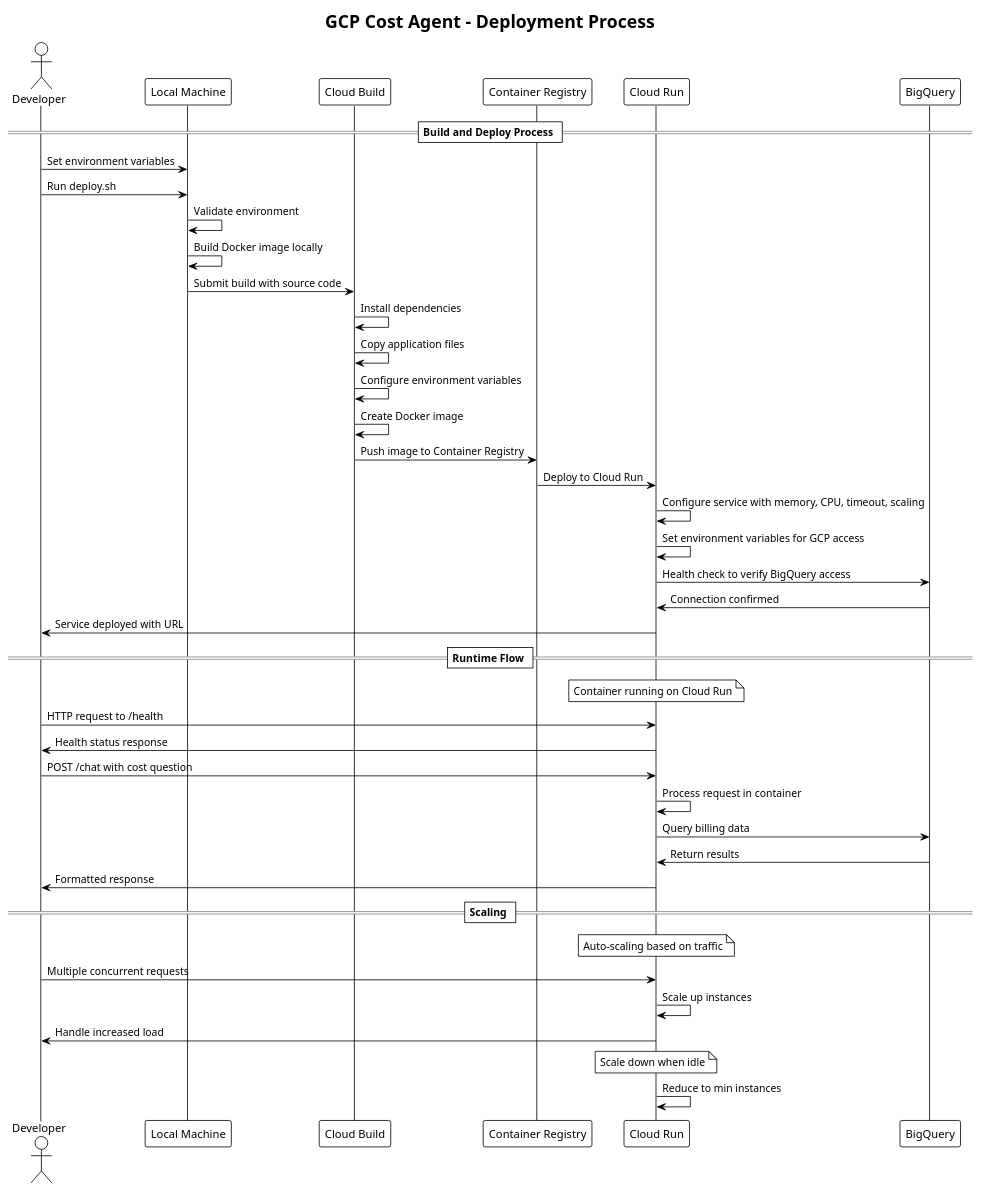
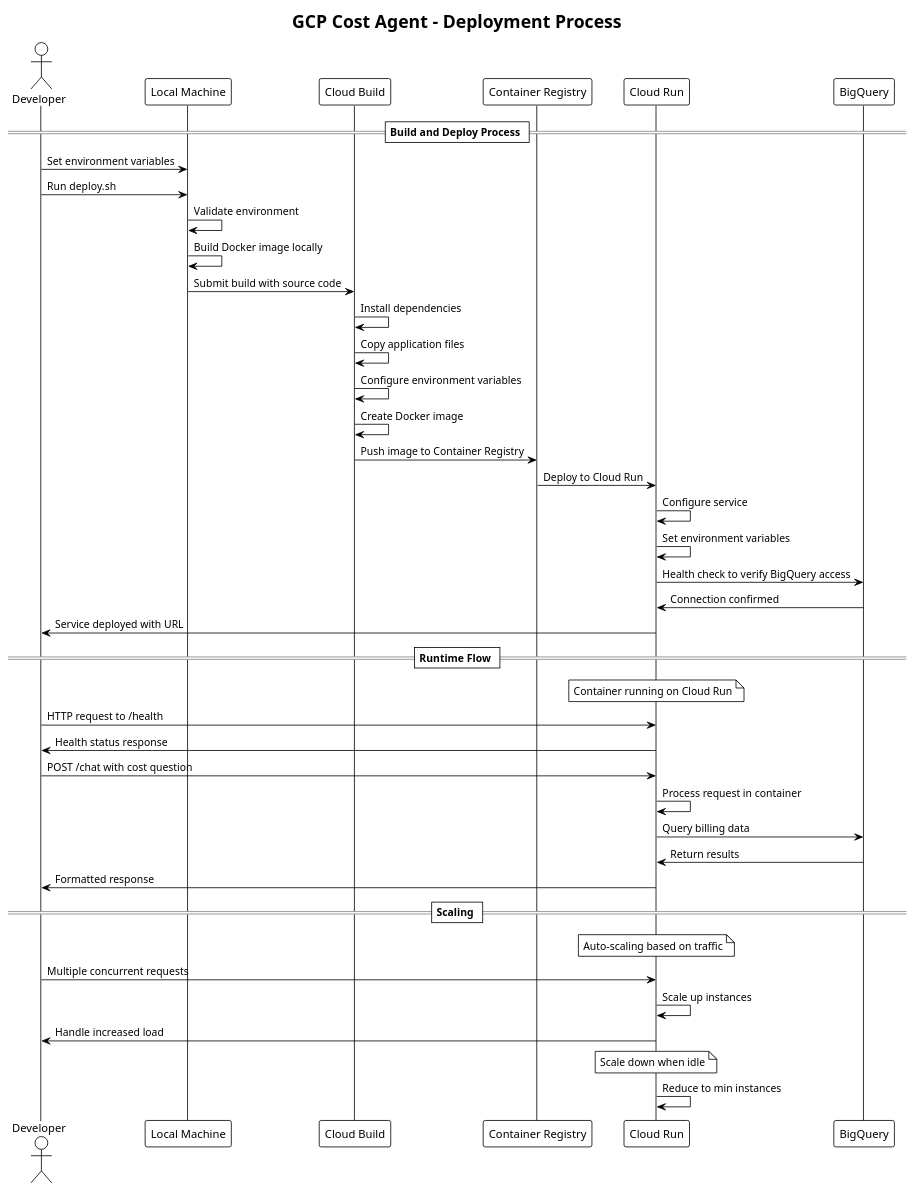
One commit to kirill-demidov/gcp-cost-agent changed the diagram in docs/deployment.puml. Above: the diagram before and after it, drawn with PlantUML. The commit also changed 2 other files, not shown here.

Commit message:
Simplify PlantUML diagrams for better compatibility
- Remove problematic characters and complex formatting
- Simplify participant names and descriptions
- Remove special characters that may cause parsing issues
- Ensure compatibility with online PlantUML servers
- All diagrams now use minimal, clean syntax

```diff
--- a/docs/deployment.puml
+++ b/docs/deployment.puml
@@ -1,60 +1,59 @@
-@startuml Cloud Run Deployment Flow
+@startuml
 !theme plain
 title GCP Cost Agent - Deployment Process
 
 actor Developer
 participant "Local Machine" as Local
 participant "Cloud Build" as Build
 participant "Container Registry" as Registry
 participant "Cloud Run" as Run
 participant "BigQuery" as BQ
 
 == Build and Deploy Process ==
 
 Developer -> Local: Set environment variables
 Developer -> Local: Run deploy.sh
 
 Local -> Local: Validate environment
 Local -> Local: Build Docker image locally
 
 Local -> Build: Submit build with source code
 Build -> Build: Install dependencies
 Build -> Build: Copy application files
 Build -> Build: Configure environment variables
 Build -> Build: Create Docker image
 
 Build -> Registry: Push image to Container Registry
 
 Registry -> Run: Deploy to Cloud Run
-Run -> Run: Configure service with memory, CPU, timeout, scaling
-
-Run -> Run: Set environment variables for GCP access
+Run -> Run: Configure service
+Run -> Run: Set environment variables
 
 Run -> BQ: Health check to verify BigQuery access
 BQ -> Run: Connection confirmed
 
 Run -> Developer: Service deployed with URL
 
 == Runtime Flow ==
 
 note over Run: Container running on Cloud Run
 Developer -> Run: HTTP request to /health
 Run -> Developer: Health status response
 
 Developer -> Run: POST /chat with cost question
 Run -> Run: Process request in container
 Run -> BQ: Query billing data
 BQ -> Run: Return results
 Run -> Developer: Formatted response
 
 == Scaling ==
 
 note over Run: Auto-scaling based on traffic
 Developer -> Run: Multiple concurrent requests
 Run -> Run: Scale up instances
 Run -> Developer: Handle increased load
 
 note over Run: Scale down when idle
 Run -> Run: Reduce to min instances
 
 @enduml
```
